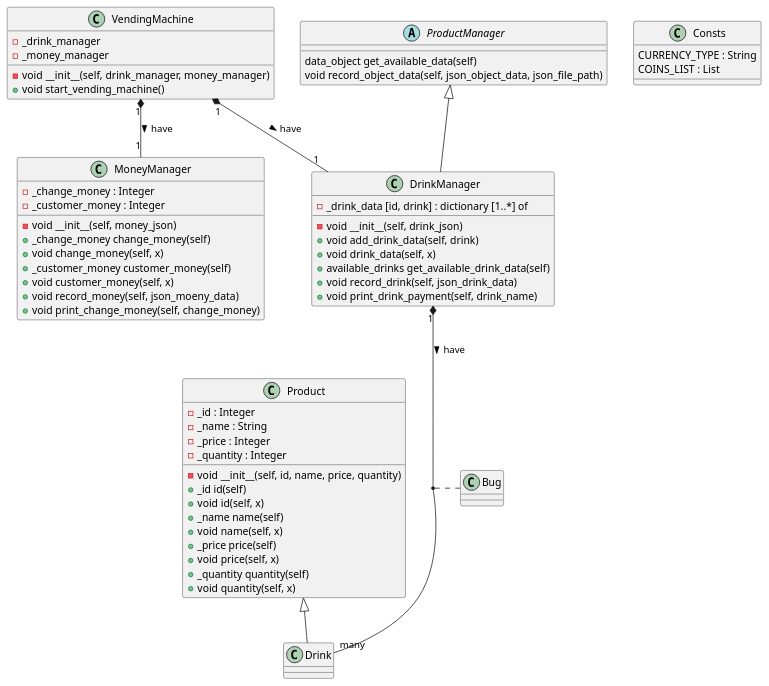
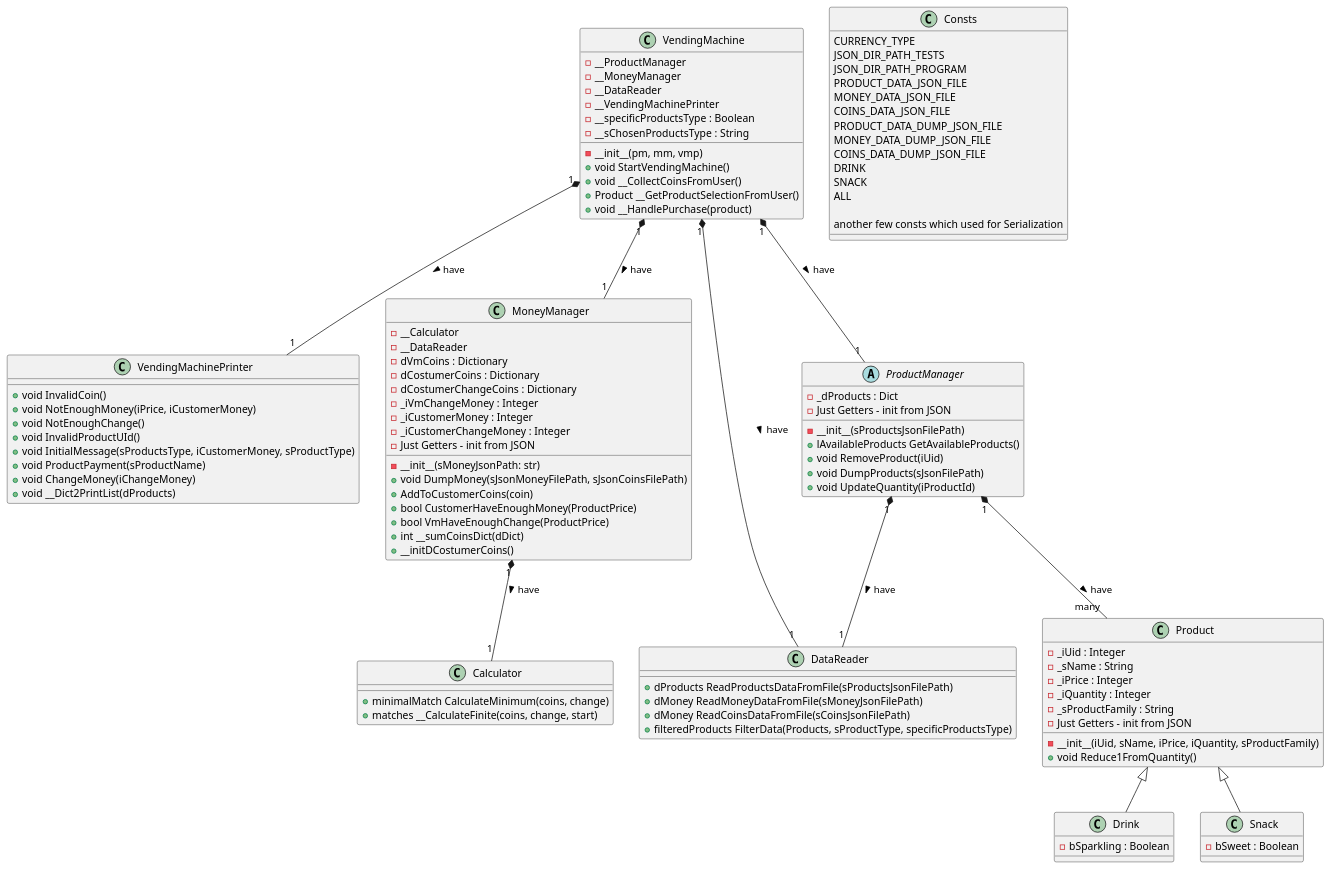
Before and after one commit to avielas/VendingMachine: the diagram in docs/uml/design.puml, drawn with PlantUML.

Commit message:
update uml

```diff
--- a/docs/uml/design.puml
+++ b/docs/uml/design.puml
@@ -1,68 +1,116 @@
 @startuml class diagram
 'https://plantuml.com/class-diagram
 
 class VendingMachine{
-    -_drink_manager
-    -_money_manager
-    -void __init__(self, drink_manager, money_manager)
-    +void start_vending_machine()
+    -__ProductManager
+    -__MoneyManager
+    -__DataReader
+    -__VendingMachinePrinter
+    -__specificProductsType : Boolean
+    -__sChosenProductsType : String
+    -__init__(pm, mm, vmp)
+    +void StartVendingMachine()
+    +void __CollectCoinsFromUser()
+    +Product __GetProductSelectionFromUser()
+    +void __HandlePurchase(product)
+}
+
+class VendingMachinePrinter{
+    +void InvalidCoin()
+    +void NotEnoughMoney(iPrice, iCustomerMoney)
+    +void NotEnoughChange()
+    +void InvalidProductUId()
+    +void InitialMessage(sProductsType, iCustomerMoney, sProductType)
+    +void ProductPayment(sProductName)
+    +void ChangeMoney(iChangeMoney)
+    +void __Dict2PrintList(dProducts)
 }
 
 class MoneyManager{
-    -_change_money : Integer
-    -_customer_money : Integer
-    - void __init__(self, money_json)
-    +_change_money change_money(self)
-    +void change_money(self, x)
-    +_customer_money customer_money(self)
-    +void customer_money(self, x)
-    +void record_money(self, json_moeny_data)
-    +void print_change_money(self, change_money)
+    -__Calculator
+    -__DataReader
+    -dVmCoins : Dictionary
+    -dCostumerCoins : Dictionary
+    -dCostumerChangeCoins : Dictionary
+    -_iVmChangeMoney : Integer
+    -_iCustomerMoney : Integer
+    -_iCustomerChangeMoney : Integer
+    -Just Getters - init from JSON
+    -__init__(sMoneyJsonPath: str)
+    +void DumpMoney(sJsonMoneyFilePath, sJsonCoinsFilePath)
+    +AddToCustomerCoins(coin)
+    +bool CustomerHaveEnoughMoney(ProductPrice)
+    +bool VmHaveEnoughChange(ProductPrice)
+    +int __sumCoinsDict(dDict)
+    +__initDCostumerCoins()
 }
 
-class DrinkManager{
-    -_drink_data [id, drink] : dictionary [1..*] of
-    -void __init__(self, drink_json)
-    +void add_drink_data(self, drink)
-    +void drink_data(self, x)
-    +available_drinks get_available_drink_data(self)
-    +void record_drink(self, json_drink_data)
-    +void print_drink_payment(self, drink_name)
+class Calculator{
+    +minimalMatch CalculateMinimum(coins, change)
+    +matches __CalculateFinite(coins, change, start)
+}
+
+class DataReader{
+    +dProducts ReadProductsDataFromFile(sProductsJsonFilePath)
+    +dMoney ReadMoneyDataFromFile(sMoneyJsonFilePath)
+    +dMoney ReadCoinsDataFromFile(sCoinsJsonFilePath)
+    +filteredProducts FilterData(Products, sProductType, specificProductsType)
 }
 
 class Product{
-    -_id : Integer
-    -_name : String
-    -_price : Integer
-    -_quantity : Integer
-    -void __init__(self, id, name, price, quantity)
-    +_id id(self)
-    +void id(self, x)
-    +_name name(self)
-    +void name(self, x)
-    +_price price(self)
-    +void price(self, x)
-    +_quantity quantity(self)
-    +void quantity(self, x)
+    -_iUid : Integer
+    -_sName : String
+    -_iPrice : Integer
+    -_iQuantity : Integer
+    -_sProductFamily : String
+    -__init__(iUid, sName, iPrice, iQuantity, sProductFamily)
+    -Just Getters - init from JSON
+    +void Reduce1FromQuantity()
 }
 
-class Drink{}
+class Drink{
+    -bSparkling : Boolean
+}
+
+class Snack{
+    -bSweet : Boolean
+}
 
 class Consts{
-    CURRENCY_TYPE : String
-    COINS_LIST : List
+    CURRENCY_TYPE
+    JSON_DIR_PATH_TESTS
+    JSON_DIR_PATH_PROGRAM
+    PRODUCT_DATA_JSON_FILE
+    MONEY_DATA_JSON_FILE
+    COINS_DATA_JSON_FILE
+    PRODUCT_DATA_DUMP_JSON_FILE
+    MONEY_DATA_DUMP_JSON_FILE
+    COINS_DATA_DUMP_JSON_FILE
+    DRINK
+    SNACK
+    ALL
+
+    another few consts which used for Serialization
 }
 
 abstract class ProductManager{
-    data_object get_available_data(self)
-    void record_object_data(self, json_object_data, json_file_path)
+    - _dProducts : Dict
+    -__init__(sProductsJsonFilePath)
+    -Just Getters - init from JSON
+    +lAvailableProducts GetAvailableProducts()
+    +void RemoveProduct(iUid)
+    +void DumpProducts(sJsonFilePath)
+    +void UpdateQuantity(iProductId)
 }
 
-ProductManager <|-- DrinkManager
 Product <|-- Drink
-VendingMachine "1" *-- "1" DrinkManager : have >
+Product <|-- Snack
+VendingMachine "1" *-- "1" ProductManager : have >
 VendingMachine "1" *-- "1" MoneyManager : have >
-DrinkManager "1" *-- "many" Drink :have >
-(Drink, DrinkManager) . Bug
+VendingMachine "1" *-- "1" VendingMachinePrinter : have >
+VendingMachine "1" *-- "1" DataReader : have >
+ProductManager "1" *-- "1" DataReader : have >
+MoneyManager "1" *-- "1" Calculator : have >
+ProductManager "1" *-- "many" Product : have >
 
 @enduml
```
